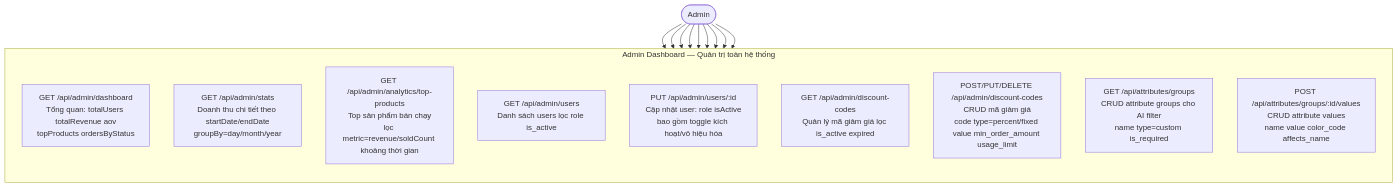
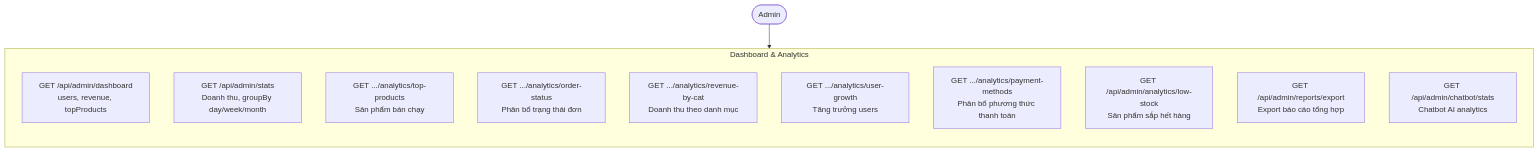
Before and after one commit to MinhThang1009/E-commerce-website: diagram 20 of 47 in DIAGRAMS.md, drawn with Mermaid. The commit also changed other lines of this file and 67 other files, not shown here.

First line of the commit message:
chore(cleanup): xóa role manager và cập nhật tài liệu dự án

````diff
--- a/DIAGRAMS.md
+++ b/DIAGRAMS.md
@@ -363,27 +598,20 @@
 ```mermaid
 flowchart TB
     Admin(["Admin"])
 
-    subgraph ADMIN["Admin Dashboard — Quản trị toàn hệ thống"]
+    subgraph ADMIN_DASH["Dashboard & Analytics"]
         direction TB
-        AD1["GET /api/admin/dashboard\nTổng quan: totalUsers totalRevenue aov\ntopProducts ordersByStatus"]
-        AD2["GET /api/admin/stats\nDoanh thu chi tiết theo startDate/endDate\ngroupBy=day/month/year"]
-        AD3["GET /api/admin/analytics/top-products\nTop sản phẩm bán chạy\nlọc metric=revenue/soldCount khoảng thời gian"]
-        AD4["GET /api/admin/users\nDanh sách users lọc role is_active"]
-        AD5["PUT /api/admin/users/:id\nCập nhật user: role isActive\nbao gồm toggle kích hoạt/vô hiệu hóa"]
-        AD6["GET /api/admin/discount-codes\nQuản lý mã giảm giá lọc is_active expired"]
-        AD7["POST/PUT/DELETE /api/admin/discount-codes\nCRUD mã giảm giá\ncode type=percent/fixed value min_order_amount usage_limit"]
-        AD9["GET /api/attributes/groups\nCRUD attribute groups cho AI filter\nname type=custom is_required"]
-        AD10["POST /api/attributes/groups/:id/values\nCRUD attribute values\nname value color_code affects_name"]
+        AD1["GET /api/admin/dashboard<br/>users, revenue, topProducts"]
+        AD2["GET /api/admin/stats<br/>Doanh thu, groupBy day/week/month"]
+        AD3["GET .../analytics/top-products<br/>Sản phẩm bán chạy"]
+        AD4["GET .../analytics/order-status<br/>Phân bổ trạng thái đơn"]
+        AD5["GET .../analytics/revenue-by-cat<br/>Doanh thu theo danh mục"]
+        AD6["GET .../analytics/user-growth<br/>Tăng trưởng users"]
+        AD7["GET .../analytics/payment-methods<br/>Phân bổ phương thức thanh toán"]
+        AD8["GET /api/admin/analytics/low-stock<br/>Sản phẩm sắp hết hàng"]
+        AD9["GET /api/admin/reports/export<br/>Export báo cáo tổng hợp"]
+        AD10["GET /api/admin/chatbot/stats<br/>Chatbot AI analytics"]
     end
 
-    Admin --> AD1
-    Admin --> AD2
-    Admin --> AD3
-    Admin --> AD4
-    Admin --> AD5
-    Admin --> AD6
-    Admin --> AD7
-    Admin --> AD9
-    Admin --> AD10
+    Admin --> ADMIN_DASH
 ```
````
